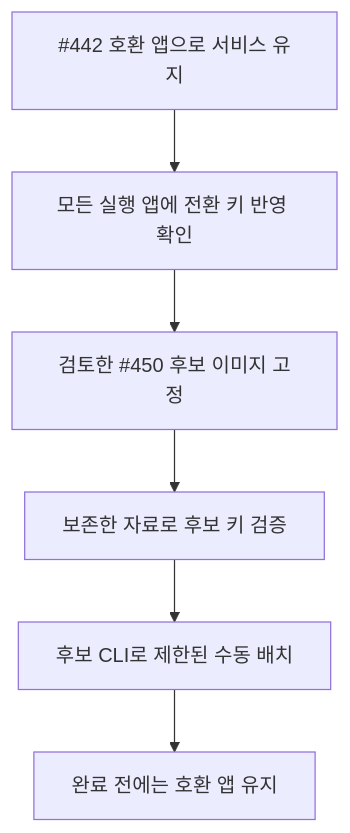
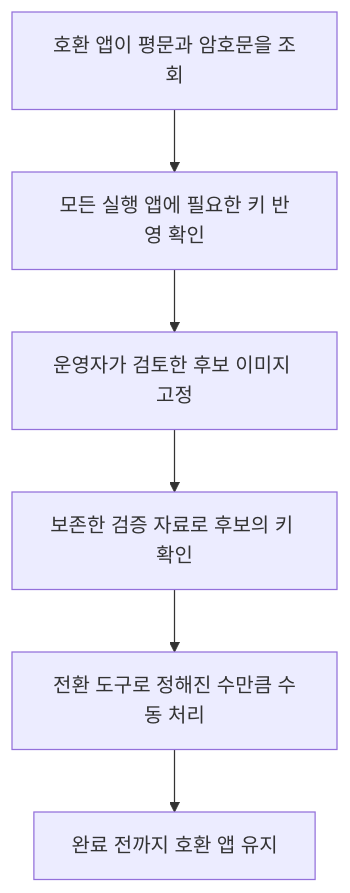
One commit to woowacourse-teams/2026-Harudle changed the third of 12 diagrams in backend/docs/diary-source-text-migration-scenarios.md. Above: the diagram before and after it, drawn with Mermaid. The commit also changed other lines of this file and 4 other files, not shown here.

````diff
--- a/backend/docs/diary-source-text-migration-scenarios.md
+++ b/backend/docs/diary-source-text-migration-scenarios.md
@@ -35,8 +46,8 @@
 ```mermaid
 flowchart TD
-    serving["#442 호환 앱으로 서비스 유지"] --> keys["모든 실행 앱에 전환 키 반영 확인"]
-    keys --> candidate["검토한 #450 후보 이미지 고정"]
-    candidate --> trusted["보존한 자료로 후보 키 검증"]
-    trusted --> batch["후보 CLI로 제한된 수동 배치"]
-    batch --> keep["완료 전에는 호환 앱 유지"]
+    serving["호환 앱이 평문과 암호문을 조회"] --> keys["모든 실행 앱에 필요한 키 반영 확인"]
+    keys --> image["운영자가 검토한 후보 이미지 고정"]
+    image --> trusted["보존한 검증 자료로 후보의 키 확인"]
+    trusted --> batch["전환 도구로 정해진 수만큼 수동 처리"]
+    batch --> keep["완료 전까지 호환 앱 유지"]
 ```
````
